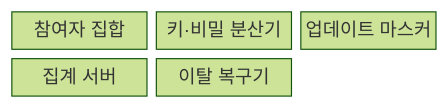
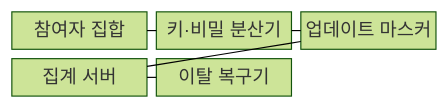
One commit to agnusdei1207/knowledge-base changed the first of 2 diagrams in src/content/docs/notes/08-latest-tech/112_secure_aggregation.md. Above: the diagram before and after it, drawn with Mermaid (forest theme). The commit also changed other lines of this file and 228 other files, not shown here.

````diff
--- a/src/content/docs/notes/08-latest-tech/112_secure_aggregation.md
+++ b/src/content/docs/notes/08-latest-tech/112_secure_aggregation.md
@@ -49,9 +49,13 @@
 ```mermaid
 block-beta
     columns 3
     P["참여자 집합"]
     K["키·비밀 분산기"]
     M["업데이트 마스커"]
     S["집계 서버"]
     R["이탈 복구기"]
+    P --- K
+    K --- M
+    M --- S
+    S --- R
 ```
````
